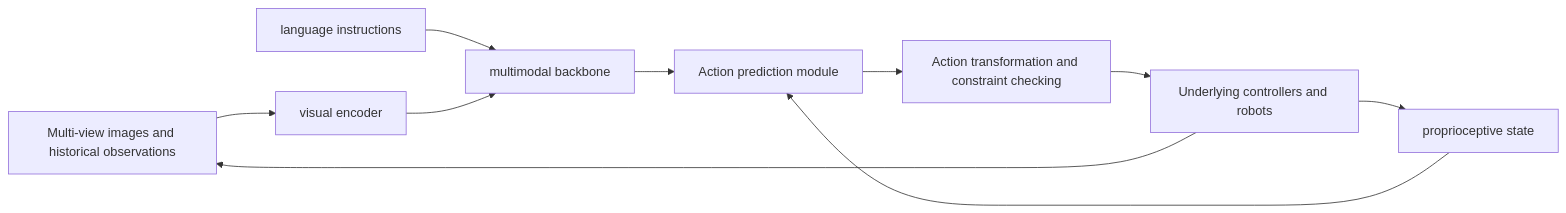
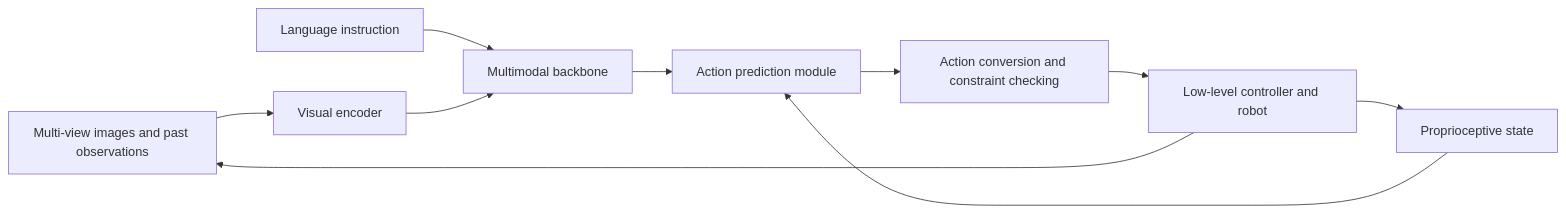
The first of 2 diagrams in _translations/en/research/VLA-Survey.md (TingdeLiu/tingdeliu.github.io), drawn with Mermaid before and after one commit. The commit also changed other lines of this file and 51 other files, not shown here.

````diff
--- a/_translations/en/research/VLA-Survey.md
+++ b/_translations/en/research/VLA-Survey.md
@@ -75,12 +75,12 @@
 ```mermaid
 flowchart LR
-    O["Multi-view images and historical observations"] --> E["visual encoder"]
-    L["language instructions"] --> B["multimodal backbone"]
+    O["Multi-view images and past observations"] --> E["Visual encoder"]
+    L["Language instruction"] --> B["Multimodal backbone"]
     E --> B
-    S["proprioceptive state"] --> A["Action prediction module"]
+    S["Proprioceptive state"] --> A["Action prediction module"]
     B --> A
-    A --> C["Action transformation and constraint checking"]
-    C --> R["Underlying controllers and robots"]
+    A --> C["Action conversion and constraint checking"]
+    C --> R["Low-level controller and robot"]
     R --> O
     R --> S
 ```
````
